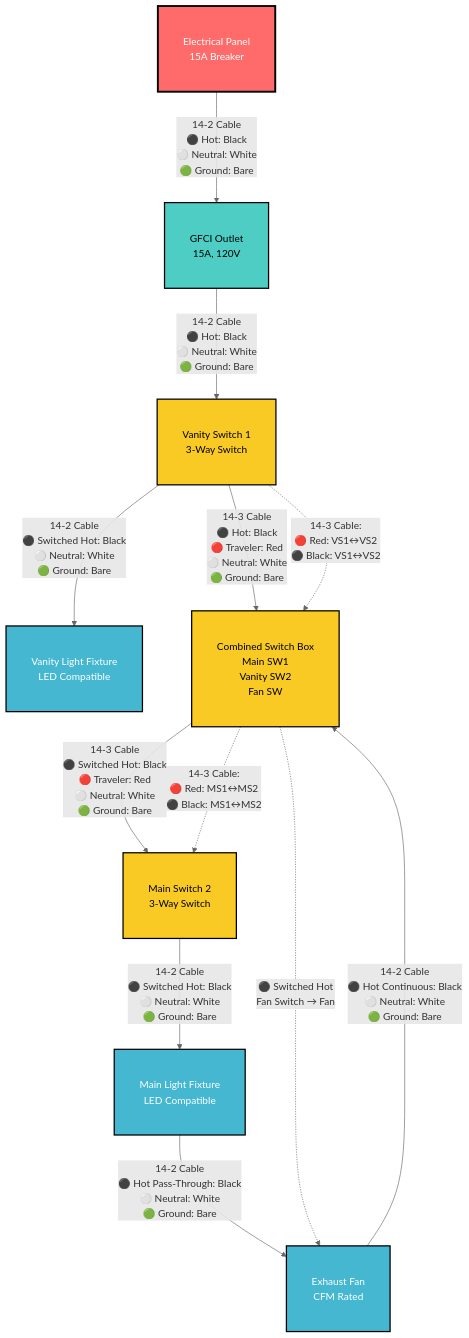
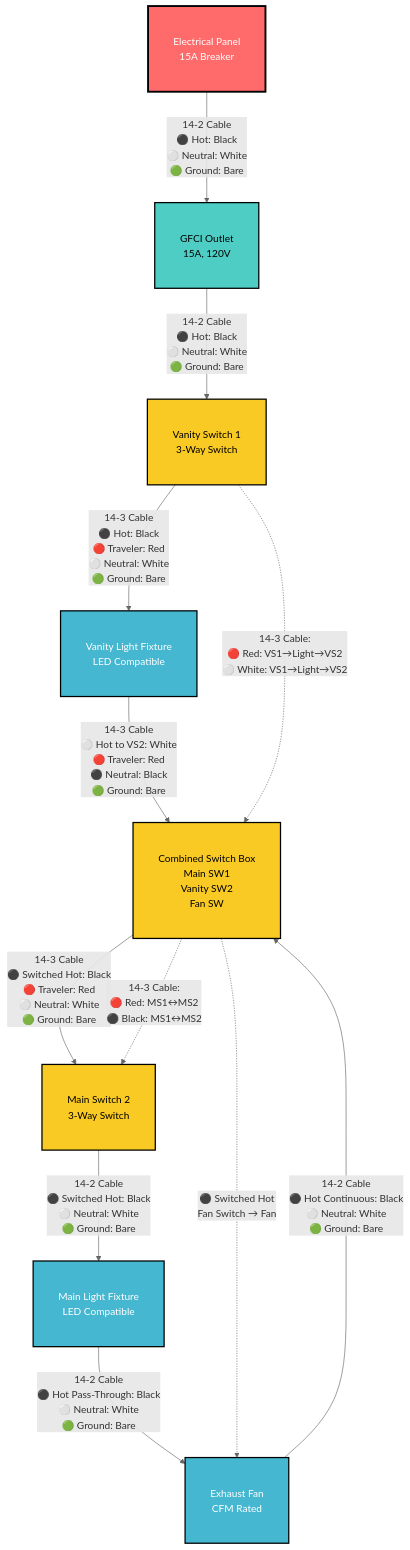
One commit to ticklemycode/electrical-wiring changed the first of 8 diagrams in diagrams/mermaid-wiring-diagram.md. Above: the diagram before and after it, drawn with Mermaid. The commit also changed other lines of this file, not shown here.

````diff
--- a/diagrams/mermaid-wiring-diagram.md
+++ b/diagrams/mermaid-wiring-diagram.md
@@ -7,39 +7,39 @@
 ```mermaid
 %%{init: {'theme':'default', 'flowchart': {'nodeSpacing': 60, 'rankSpacing': 80, 'padding': 20}, 'themeVariables': {'primaryColor': '#ffffff', 'primaryTextColor': '#000000', 'primaryBorderColor': '#000000', 'lineColor': '#666666', 'sectionBkgColor': '#ffffff', 'altSectionBkgColor': '#f9f9f9', 'gridColor': '#cccccc', 'c0': '#ffffff', 'c1': '#ffffff', 'c2': '#ffffff', 'c3': '#ffffff', 'c4': '#ffffff'}}}%%
 flowchart TD
     A[Electrical Panel<br/>15A Breaker] -->|14-2 Cable<br/>⚫ Hot: Black<br/>⚪ Neutral: White<br/>🟢 Ground: Bare| B[GFCI Outlet<br/>15A, 120V]
      B -->|14-2 Cable<br/>⚫ Hot: Black<br/>⚪ Neutral: White<br/>🟢 Ground: Bare| D[Vanity Switch 1<br/>3-Way Switch]
 
-    D -->|14-2 Cable<br/>⚫ Switched Hot: Black<br/>⚪ Neutral: White<br/>🟢 Ground: Bare| C[Vanity Light Fixture<br/>LED Compatible]
+    D -->|14-3 Cable<br/>⚫ Hot: Black<br/>🔴 Traveler: Red<br/>⚪ Neutral: White<br/>🟢 Ground: Bare| C[Vanity Light Fixture<br/>LED Compatible]
 
-    D -->|14-3 Cable<br/>⚫ Hot: Black<br/>🔴 Traveler: Red<br/>⚪ Neutral: White<br/>🟢 Ground: Bare| E[Combined Switch Box<br/>Main SW1<br/>Vanity SW2<br/>Fan SW]
+    C -->|14-3 Cable<br/>⚪ Hot to VS2: White<br/>🔴 Traveler: Red<br/>⚫ Neutral: Black<br/>🟢 Ground: Bare| E[Combined Switch Box<br/>Main SW1<br/>Vanity SW2<br/>Fan SW]
 
     E -->|14-3 Cable<br/>⚫ Switched Hot: Black<br/>🔴 Traveler: Red<br/>⚪ Neutral: White<br/>🟢 Ground: Bare| F[Main Switch 2<br/>3-Way Switch]
 
     F -->|14-2 Cable<br/>⚫ Switched Hot: Black<br/>⚪ Neutral: White<br/>🟢 Ground: Bare| G[Main Light Fixture<br/>LED Compatible]
 
     G -->|14-2 Cable<br/>⚫ Hot Pass-Through: Black<br/>⚪ Neutral: White<br/>🟢 Ground: Bare| H[Exhaust Fan<br/>CFM Rated]
     
     H -->|14-2 Cable<br/>⚫ Hot Continuous: Black<br/>⚪ Neutral: White<br/>🟢 Ground: Bare| E
     
     %% Fan Control Wire
     E -.->|⚫ Switched Hot<br/>Fan Switch → Fan| H
     
     %% 3-Way Traveler Wires - 14-3 Cable Note
-    D -.->|14-3 Cable:<br/>🔴 Red: VS1↔VS2<br/>⚫ Black: VS1↔VS2| E
+    D -.->|14-3 Cable:<br/>🔴 Red: VS1→Light→VS2<br/>⚪ White: VS1→Light→VS2| E
     E -.->|14-3 Cable:<br/>🔴 Red: MS1↔MS2<br/>⚫ Black: MS1↔MS2| F
     
     %% Styling
     classDef boxPadding padding:10px 15px
     classDef panelStyle fill:#ff6b6b,stroke:#000,stroke-width:3px,color:#fff
     classDef gfciStyle fill:#4ecdc4,stroke:#000,stroke-width:2px,color:#000
     classDef fixtureStyle fill:#45b7d1,stroke:#000,stroke-width:2px,color:#fff
     classDef switchStyle fill:#f9ca24,stroke:#000,stroke-width:2px,color:#000
     classDef wireStyle stroke:#666,stroke-width:2px
     
     class A,B,C,D,E,F,G,H boxPadding
     class A panelStyle
     class B gfciStyle
     class C,G,H fixtureStyle
     class D,E,F switchStyle
 ```
````
